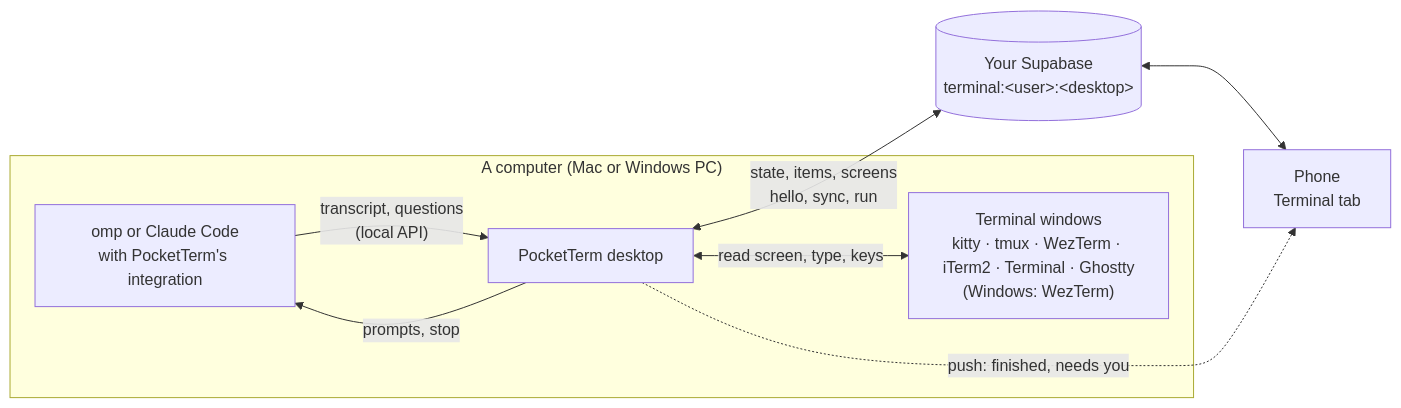
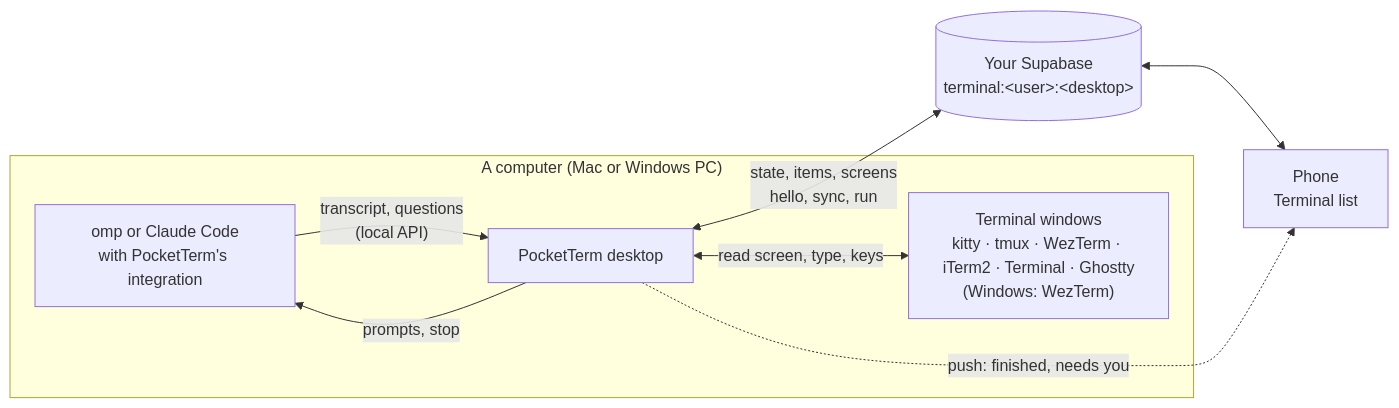
The diagram in docs/ARCHITECTURE.md (danyzmaj-apps/pocketterm), drawn with Mermaid before and after one commit. The commit also changed other lines of this file and 47 other files, not shown here.

````diff
--- a/docs/ARCHITECTURE.md
+++ b/docs/ARCHITECTURE.md
@@ -7,16 +7,16 @@
 ```mermaid
 flowchart LR
   subgraph computer ["A computer (Mac or Windows PC)"]
     agent["omp or Claude Code<br/>with PocketTerm's integration"]
     term["Terminal windows<br/>kitty · tmux · WezTerm · iTerm2 · Terminal · Ghostty<br/>(Windows: WezTerm)"]
     app["PocketTerm desktop"]
     agent -->|"transcript, questions<br/>(local API)"| app
     app -->|"prompts, stop"| agent
     app <-->|"read screen, type, keys"| term
   end
   rt[("Your Supabase<br/>terminal:&lt;user&gt;:&lt;desktop&gt;")]
-  phone["Phone<br/>Terminal tab"]
+  phone["Phone<br/>Terminal list"]
   app <-->|"state, items, screens<br/>hello, sync, run"| rt
   rt <--> phone
   app -.->|"push: finished, needs you"| phone
 ```
````
